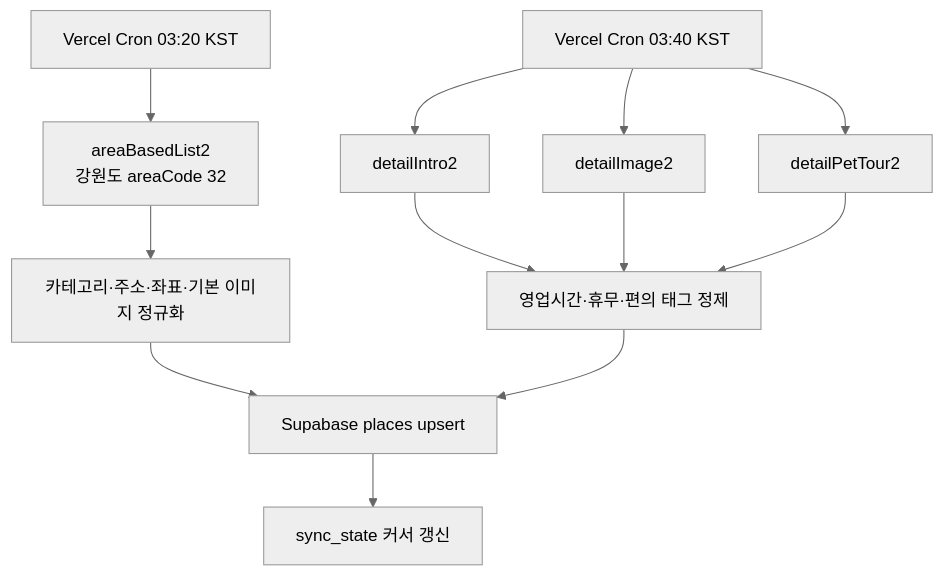
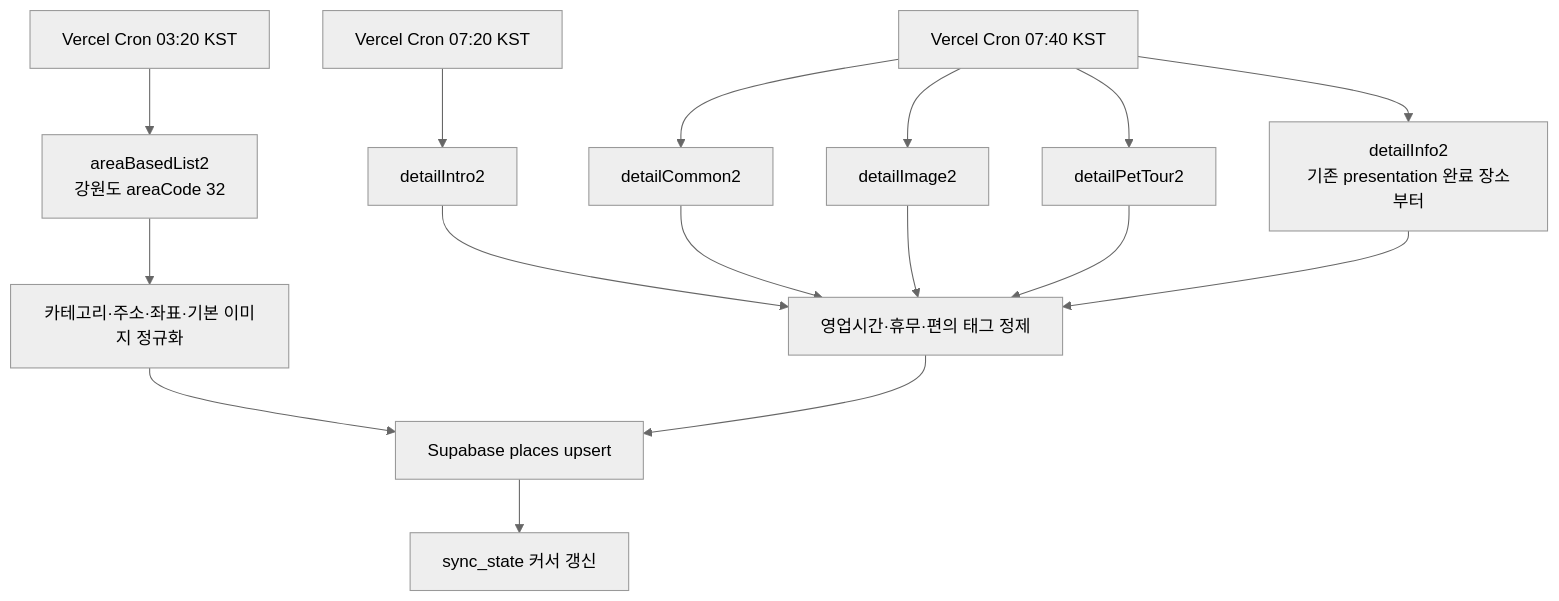
The fourth of 4 diagrams in docs/02_ARCHITECTURE.md (Newrred/tteumsae), drawn with Mermaid (neutral theme) before and after one commit. The commit also changed other lines of this file and 27 other files, not shown here.

````diff
--- a/docs/02_ARCHITECTURE.md
+++ b/docs/02_ARCHITECTURE.md
@@ -150,14 +150,18 @@
 ```mermaid
 flowchart TD
     C1["Vercel Cron 03:20 KST"] --> L["areaBasedList2\n강원도 areaCode 32"]
     L --> N["카테고리·주소·좌표·기본 이미지 정규화"]
     N --> P["Supabase places upsert"]
-    C2["Vercel Cron 03:40 KST"] --> I["detailIntro2"]
-    C2 --> IM["detailImage2"]
-    C2 --> PET["detailPetTour2"]
+    C2["Vercel Cron 07:20 KST"] --> I["detailIntro2"]
+    C3["Vercel Cron 07:40 KST"] --> CO["detailCommon2"]
+    C3 --> IM["detailImage2"]
+    C3 --> PET["detailPetTour2"]
+    C3 --> IF["detailInfo2\n기존 presentation 완료 장소부터"]
     I --> E["영업시간·휴무·편의 태그 정제"]
+    CO --> E
     IM --> E
     PET --> E
+    IF --> E
     E --> P
     P --> ST["sync_state 커서 갱신"]
 ```
````
